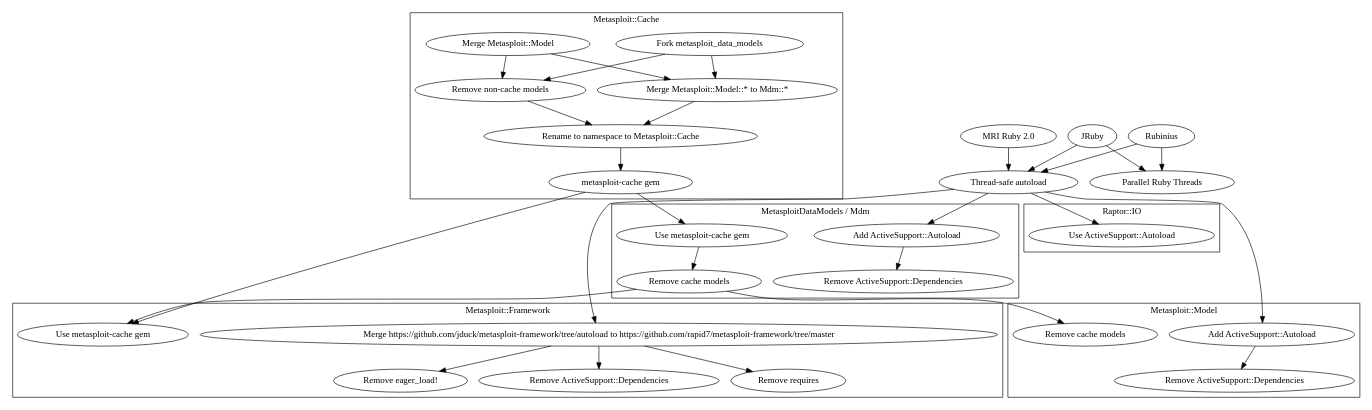
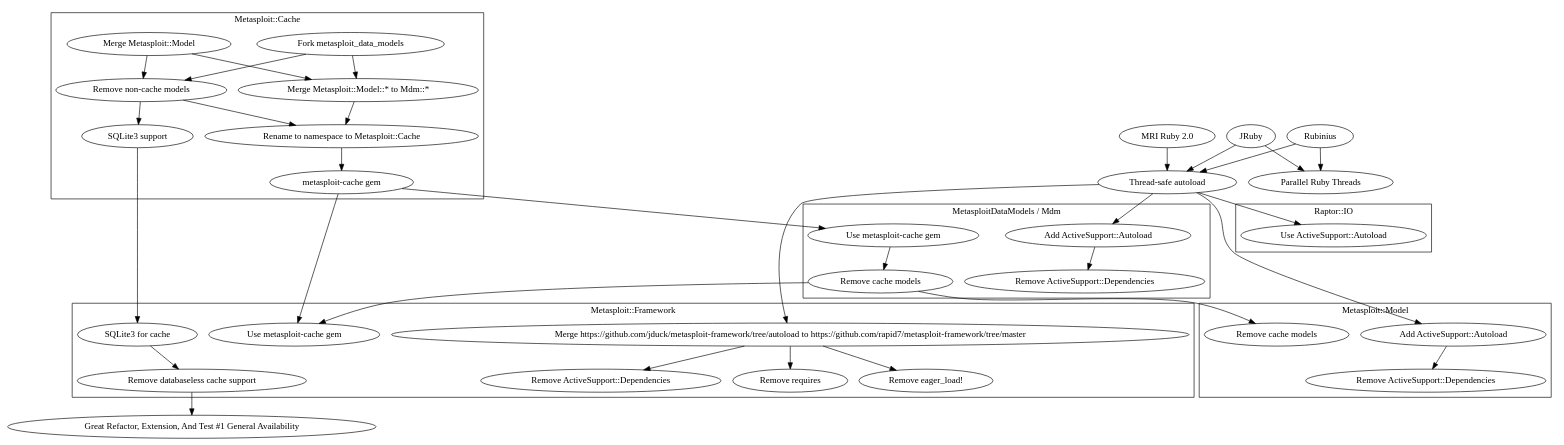
Before and after one commit to limhoff-r7/metasploit-framework: the diagram in BRAINSTORM.dot, drawn with Graphviz.

Commit message:
SQLite support brainstorming

```diff
--- a/BRAINSTORM.dot
+++ b/BRAINSTORM.dot
@@ -1,95 +1,105 @@
 digraph brainstorm {
   jruby [label="JRuby"]
   rubinius [label="Rubinius"]
 
   thread_safe_autoload [label="Thread-safe autoload"]
   parallel_ruby_threads [label="Parallel Ruby Threads"]
+
+  great_one_ga [label = "Great Refactor, Extension, And Test #1 General Availability"]
   
   jruby -> thread_safe_autoload
   jruby -> parallel_ruby_threads
 
   "MRI Ruby 2.0" -> thread_safe_autoload
 
   rubinius -> thread_safe_autoload
   rubinius -> parallel_ruby_threads
 
   thread_safe_autoload -> metasploit_data_models_autoload
   thread_safe_autoload -> metasploit_framework_autoload
   thread_safe_autoload -> metasploit_model_autoload
   thread_safe_autoload -> raptor_io_autoload
 
   subgraph cluster_metasploit_cache {
     label = "Metasploit::Cache"
 
     metasploit_cache_fork [label = "Fork metasploit_data_models"]
     metasploit_cache_metasploit_model_merge [label="Merge Metasploit::Model"]
     metasploit_cache_prune [label="Remove non-cache models"]
     metasploit_cache_integration [label="Merge Metasploit::Model::* to Mdm::*"]
     metasploit_cache_rename [label = "Rename to namespace to Metasploit::Cache"]
     metasploit_cache_gem [label = "metasploit-cache gem"]
+    metasploit_cache_sqlite [label = "SQLite3 support"]
 
     metasploit_cache_fork -> metasploit_cache_prune
     metasploit_cache_metasploit_model_merge -> metasploit_cache_prune
 
     metasploit_cache_fork -> metasploit_cache_integration
     metasploit_cache_metasploit_model_merge -> metasploit_cache_integration
 
     metasploit_cache_integration -> metasploit_cache_rename
     metasploit_cache_prune -> metasploit_cache_rename
+
+    metasploit_cache_prune -> metasploit_cache_sqlite
 
     metasploit_cache_rename -> metasploit_cache_gem
   }
 
   subgraph cluster_metasploit_data_models {
     label = "MetasploitDataModels / Mdm"
 
     metasploit_data_models_autoload [label="Add ActiveSupport::Autoload"]
     metasploit_data_models_dependencies [label="Remove ActiveSupport::Dependencies"]
     metasploit_data_models_metasploit_cache_gem [label="Use metasploit-cache gem"]
     metasploit_data_models_metasploit_cache_removal [label="Remove cache models"]
 
     metasploit_data_models_autoload -> metasploit_data_models_dependencies
     metasploit_data_models_metasploit_cache_gem -> metasploit_data_models_metasploit_cache_removal
   }
 
   metasploit_cache_gem ->  metasploit_data_models_metasploit_cache_gem
 
   subgraph cluster_metasploit_framework {
     label = "Metasploit::Framework"
 
     metasploit_framework_autoload [label="Merge https://github.com/jduck/metasploit-framework/tree/autoload to https://github.com/rapid7/metasploit-framework/tree/master"]
     metasploit_framework_dependencies [label="Remove ActiveSupport::Dependencies"]
     metasploit_framework_requires [label="Remove requires"]
     metasploit_framework_eager_load [label="Remove eager_load!"]
     metasploit_framework_metasploit_cache_gem [label = "Use metasploit-cache gem"]
+    metasploit_framework_sqlite [label="SQLite3 for cache"]
+    metasploit_framework_databaseless_cache_removal [label = "Remove databaseless cache support"]
 
     metasploit_framework_autoload -> metasploit_framework_dependencies
     metasploit_framework_autoload -> metasploit_framework_requires
     metasploit_framework_autoload -> metasploit_framework_eager_load
+    metasploit_framework_sqlite -> metasploit_framework_databaseless_cache_removal
   }
 
   metasploit_cache_gem -> metasploit_framework_metasploit_cache_gem
   metasploit_data_models_metasploit_cache_removal -> metasploit_framework_metasploit_cache_gem
+  metasploit_cache_sqlite -> metasploit_framework_sqlite
+  metasploit_framework_databaseless_cache_removal -> great_one_ga
 
   subgraph cluster_metasploit_model {
     label = "Metasploit::Model"
 
     metasploit_model_autoload [label="Add ActiveSupport::Autoload"]
     metasploit_model_dependencies [label="Remove ActiveSupport::Dependencies"]
     metasploit_model_metasploit_cache_removal [label="Remove cache models"]
 
     metasploit_model_autoload -> metasploit_model_dependencies
   }
 
   metasploit_data_models_metasploit_cache_removal -> metasploit_model_metasploit_cache_removal
 
   subgraph cluster_raptor_io {
     label = "Raptor::IO"
 
     raptor_io_autoload [label="Use ActiveSupport::Autoload"]
   }
 
   subgraph cluster_metasploit_record {
 
   }
 }
```
